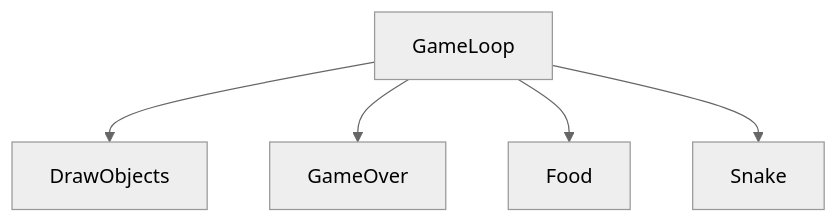
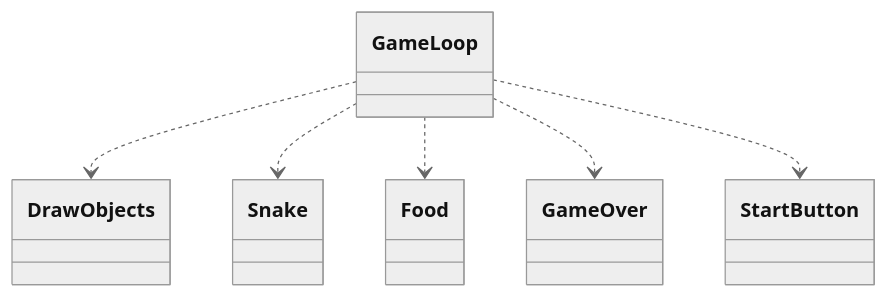
One commit to sannilatvala/ot-harjoitustyo changed the diagram in dokumentaatio/arkkitehtuuri.md. Above: the diagram before and after it, drawn with Mermaid (neutral theme). The commit also changed 3 other files, not shown here.

````diff
--- a/dokumentaatio/arkkitehtuuri.md
+++ b/dokumentaatio/arkkitehtuuri.md
@@ -2,8 +2,8 @@
 ```mermaid
-graph TD
-    class GameLoop,DrawObjects,GameOver,Food,Snake fill;
-    GameLoop --> DrawObjects
-    GameLoop --> GameOver
-    GameLoop --> Food
-    GameLoop --> Snake
+classDiagram
+    GameLoop ..> DrawObjects
+    GameLoop ..> Snake
+    GameLoop ..> Food
+    GameLoop ..> GameOver
+    GameLoop ..> StartButton
 ```
````
